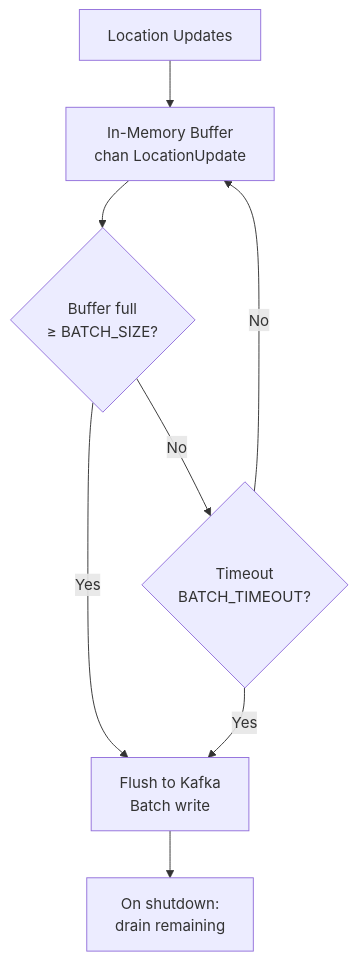
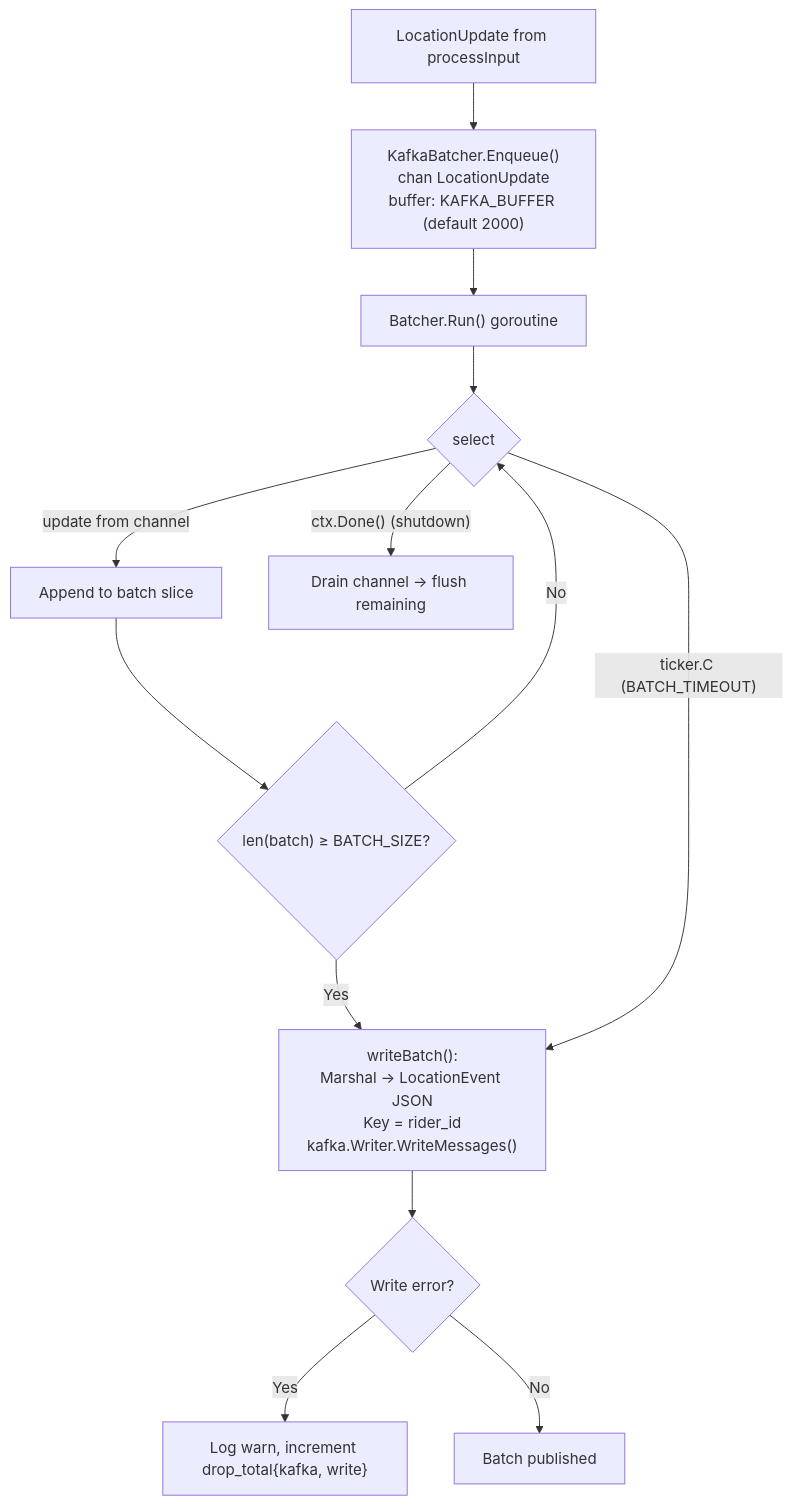
One commit to sunitakeazycommerz-a11y/InstaCommerce changed the fifth of 5 diagrams in services/location-ingestion-service/README.md. Above: the diagram before and after it, drawn with Mermaid. The commit also changed other lines of this file and 2 other files, not shown here.

````diff
--- a/services/location-ingestion-service/README.md
+++ b/services/location-ingestion-service/README.md
@@ -77,10 +294,15 @@
 ```mermaid
 flowchart TD
-    A[Location Updates] --> B[In-Memory Buffer<br/>chan LocationUpdate]
-    B --> C{Buffer full<br/>≥ BATCH_SIZE?}
-    C -->|Yes| D[Flush to Kafka<br/>Batch write]
-    C -->|No| E{Timeout<br/>BATCH_TIMEOUT?}
-    E -->|Yes| D
-    E -->|No| B
-    D --> F[On shutdown:<br/>drain remaining]
+    A["LocationUpdate from processInput"] --> B["KafkaBatcher.Enqueue()<br/>chan LocationUpdate<br/>buffer: KAFKA_BUFFER (default 2000)"]
+    B --> C["Batcher.Run() goroutine"]
+    C --> D{"select"}
+    D -->|"update from channel"| E["Append to batch slice"]
+    E --> F{"len(batch) ≥ BATCH_SIZE?"}
+    F -->|"Yes"| G["writeBatch():<br/>Marshal → LocationEvent JSON<br/>Key = rider_id<br/>kafka.Writer.WriteMessages()"]
+    F -->|"No"| D
+    D -->|"ticker.C (BATCH_TIMEOUT)"| G
+    D -->|"ctx.Done() (shutdown)"| H["Drain channel → flush remaining"]
+    G --> I{"Write error?"}
+    I -->|"Yes"| J["Log warn, increment drop_total{kafka, write}"]
+    I -->|"No"| K["Batch published"]
 ```
````
